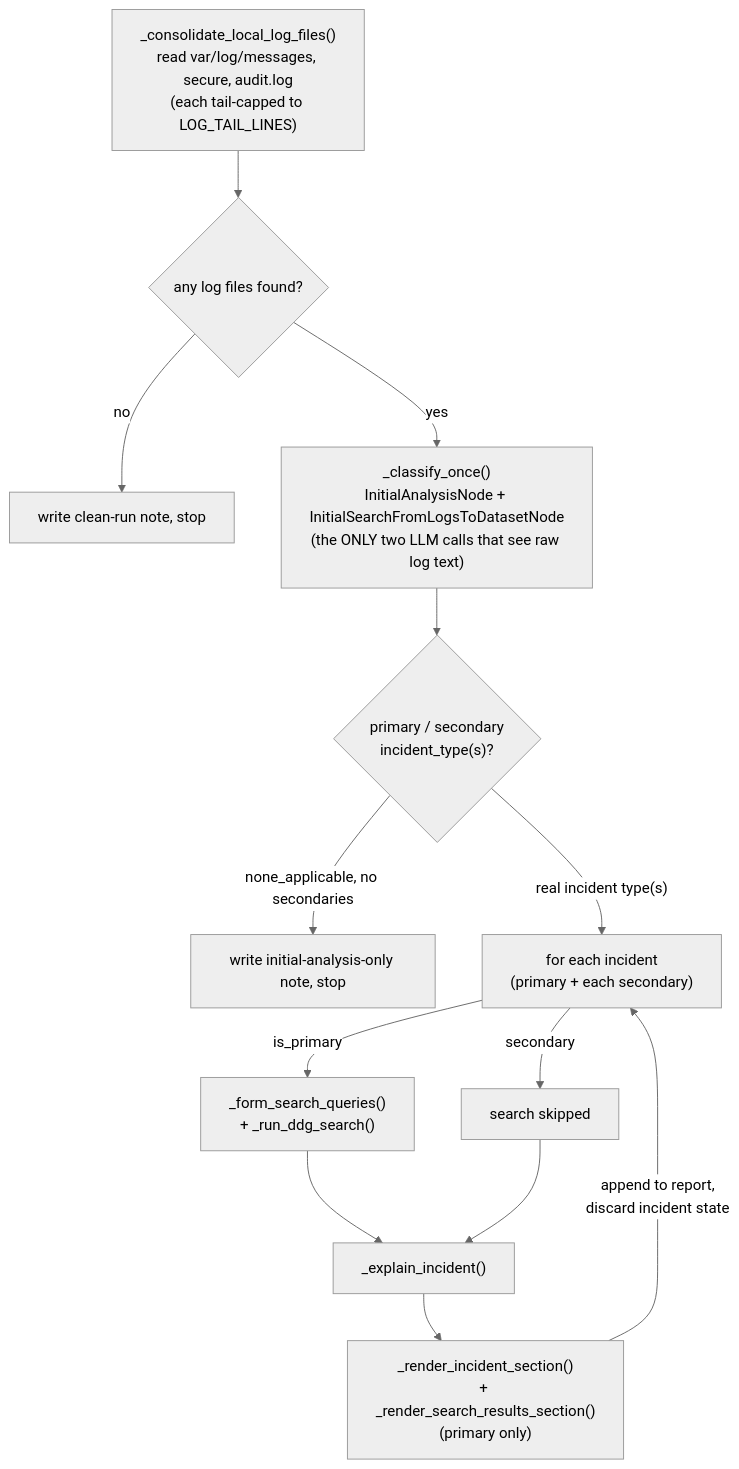
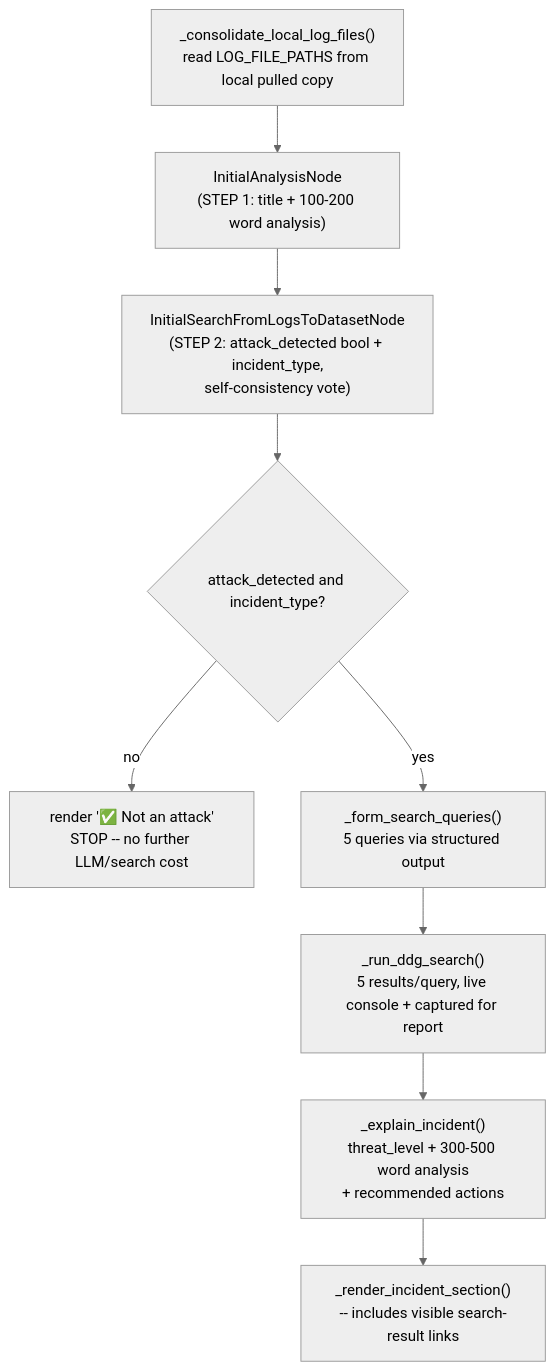
One commit to Vignesh-ViggyPiggy/cybersec_agent_with_langgraph_2 changed the third of 3 diagrams in DOCUMENTATION.md. Above: the diagram before and after it, drawn with Mermaid (neutral theme). The commit also changed other lines of this file and 7 other files, not shown here.

````diff
--- a/DOCUMENTATION.md
+++ b/DOCUMENTATION.md
@@ -169,15 +134,11 @@
 ```mermaid
 flowchart TD
-    A["_consolidate_local_log_files()\nread var/log/messages, secure, audit.log\n(each tail-capped to LOG_TAIL_LINES)"] --> B{"any log files found?"}
-    B -->|"no"| C["write clean-run note, stop"]
-    B -->|"yes"| D["_classify_once()\nInitialAnalysisNode + InitialSearchFromLogsToDatasetNode\n(the ONLY two LLM calls that see raw log text)"]
-    D --> E{"primary / secondary\nincident_type(s)?"}
-    E -->|"none_applicable, no secondaries"| F["write initial-analysis-only note, stop"]
-    E -->|"real incident type(s)"| G["for each incident\n(primary + each secondary)"]
-    G -->|"is_primary"| H["_form_search_queries()\n+ _run_ddg_search()"]
-    G -->|"secondary"| I["search skipped"]
-    H --> J["_explain_incident()"]
-    I --> J
-    J --> K["_render_incident_section()\n+ _render_search_results_section()\n(primary only)"]
-    K -->|"append to report,\ndiscard incident state"| G
+    L0["_consolidate_local_log_files()\nread LOG_FILE_PATHS from local pulled copy"] --> L1["InitialAnalysisNode\n(STEP 1: title + 100-200 word analysis)"]
+    L1 --> L2["InitialSearchFromLogsToDatasetNode\n(STEP 2: attack_detected bool + incident_type,\nself-consistency vote)"]
+    L2 --> route{"attack_detected and incident_type?"}
+    route -->|no| DONE["render '✅ Not an attack'\nSTOP -- no further LLM/search cost"]
+    route -->|yes| Q["_form_search_queries()\n5 queries via structured output"]
+    Q --> S["_run_ddg_search()\n5 results/query, live console + captured for report"]
+    S --> EX["_explain_incident()\nthreat_level + 300-500 word analysis\n+ recommended actions"]
+    EX --> RD["_render_incident_section()\n-- includes visible search-result links"]
 ```
````
